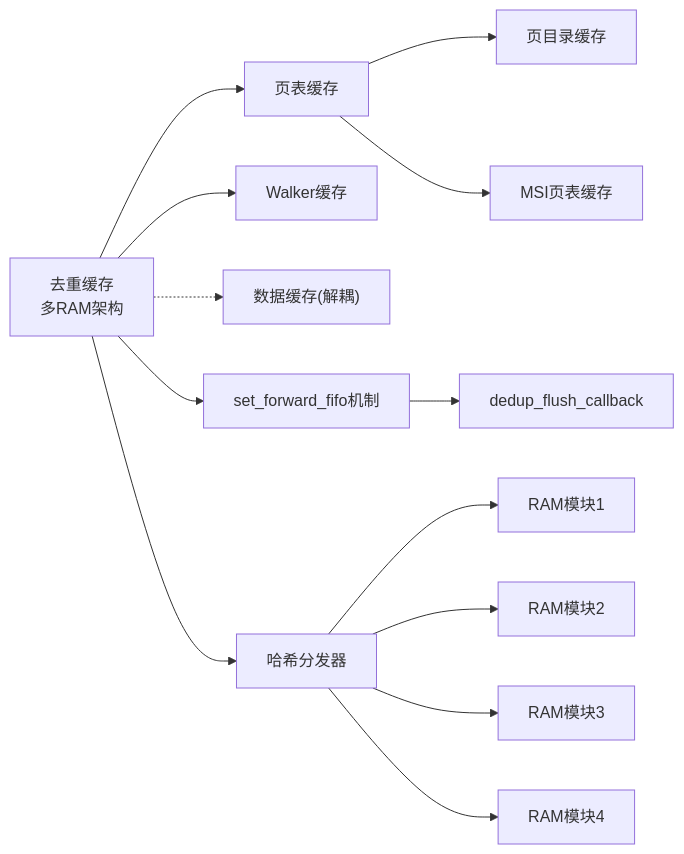
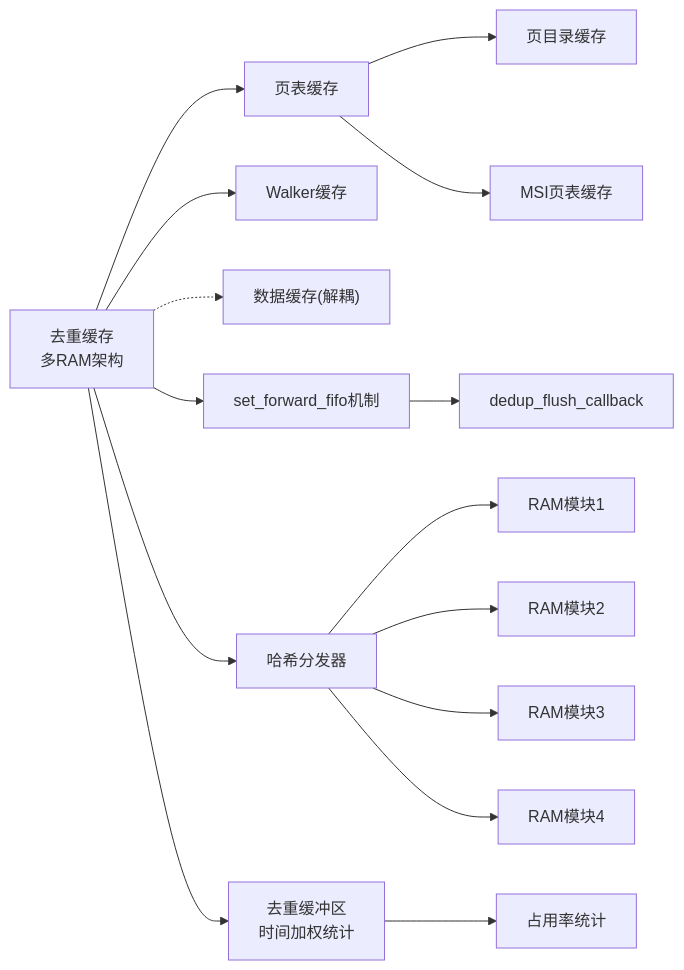
The eighth of 12 diagrams in .qoder/repowiki/zh/content/缓存系统/Dedup缓存（去重缓存）.md (jiangjiang1122/iommu_model_20260401_v1), drawn with Mermaid before and after one commit. The commit also changed other lines of this file and 159 other files, not shown here.

Commit message:
chore: 更新知识库文档 + 新增PTW并发分析图表与数据文件

````diff
--- a/.qoder/repowiki/zh/content/缓存系统/Dedup缓存（去重缓存）.md
+++ b/.qoder/repowiki/zh/content/缓存系统/Dedup缓存（去重缓存）.md
@@ -530,15 +594,17 @@
 ```mermaid
 graph LR
 DEDUP["去重缓存<br/>多RAM架构"] --> PT["页表缓存"]
 DEDUP --> WC["Walker缓存"]
 PT --> PC["页目录缓存"]
 PT --> MSIPT["MSI页表缓存"]
 DEDUP -.-> DC["数据缓存(解耦)"]
 DEDUP --> FIFO["set_forward_fifo机制"]
 FIFO --> CALLBACK["dedup_flush_callback"]
 DEDUP --> HASH["哈希分发器"]
+DEDUP --> BUFFER["去重缓冲区<br/>时间加权统计"]
+BUFFER --> STATS["占用率统计"]
 HASH --> RAM1["RAM模块1"]
 HASH --> RAM2["RAM模块2"]
 HASH --> RAM3["RAM模块3"]
 HASH --> RAM4["RAM模块4"]
 ```
````
